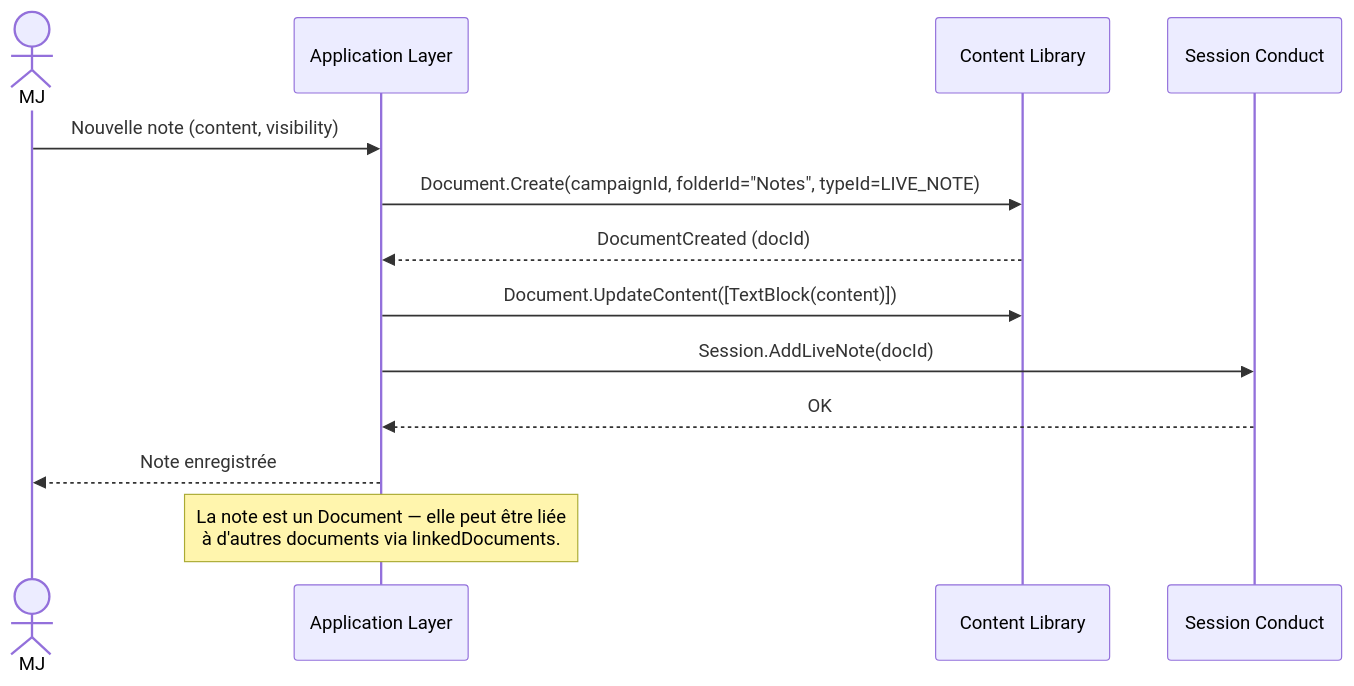
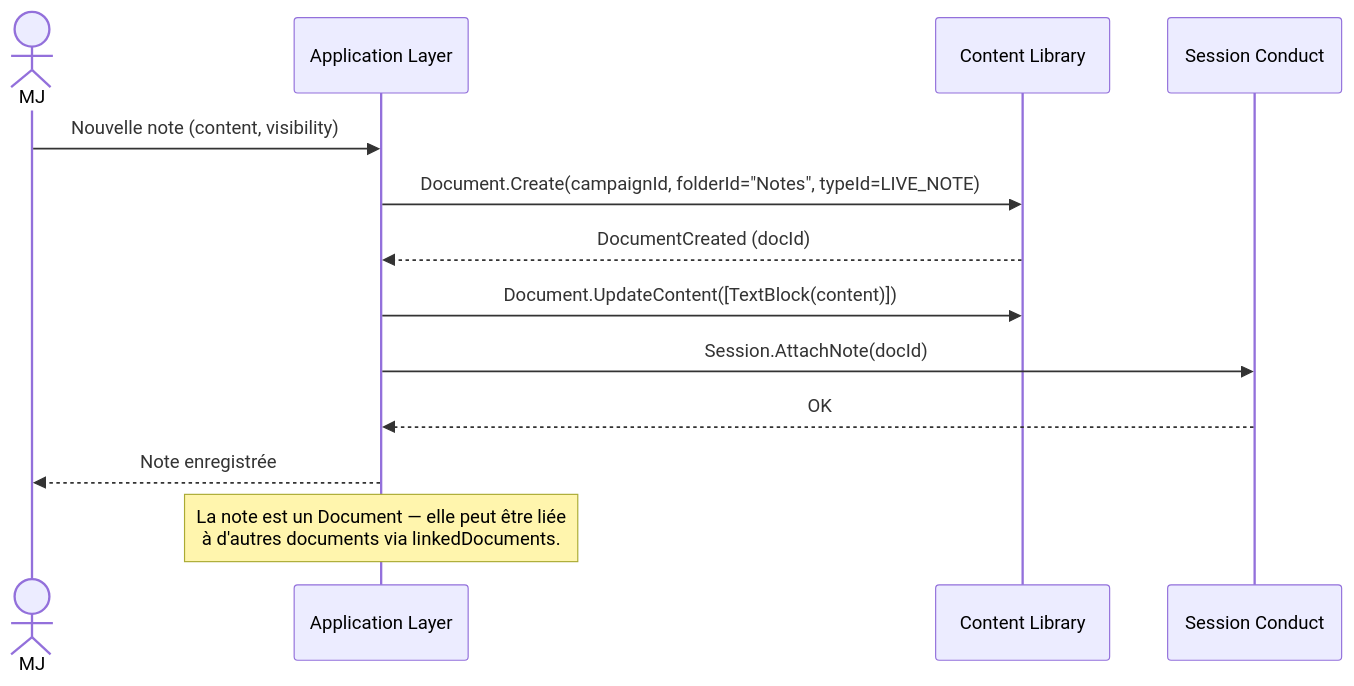
Before and after one commit to 2025-10-CDA-ECO-P6/PM-micro-saas: the sixth of 9 diagrams in docs/conception/domain/diagrams/flows/session-conduct.md, drawn with Mermaid. The commit also changed other lines of this file and 17 other files, not shown here.

````diff
--- a/docs/conception/domain/diagrams/flows/session-conduct.md
+++ b/docs/conception/domain/diagrams/flows/session-conduct.md
@@ -89,16 +89,16 @@
 ```mermaid
 sequenceDiagram
     actor MJ
     participant App as Application Layer
     participant CL as Content Library
     participant SC as Session Conduct
 
     MJ->>App: Nouvelle note (content, visibility)
     App->>CL: Document.Create(campaignId, folderId="Notes", typeId=LIVE_NOTE)
     CL-->>App: DocumentCreated (docId)
     App->>CL: Document.UpdateContent([TextBlock(content)])
-    App->>SC: Session.AddLiveNote(docId)
+    App->>SC: Session.AttachNote(docId)
     SC-->>App: OK
     App-->>MJ: Note enregistrée
     Note over App: La note est un Document — elle peut être liée<br/>à d'autres documents via linkedDocuments.
 ```
````
